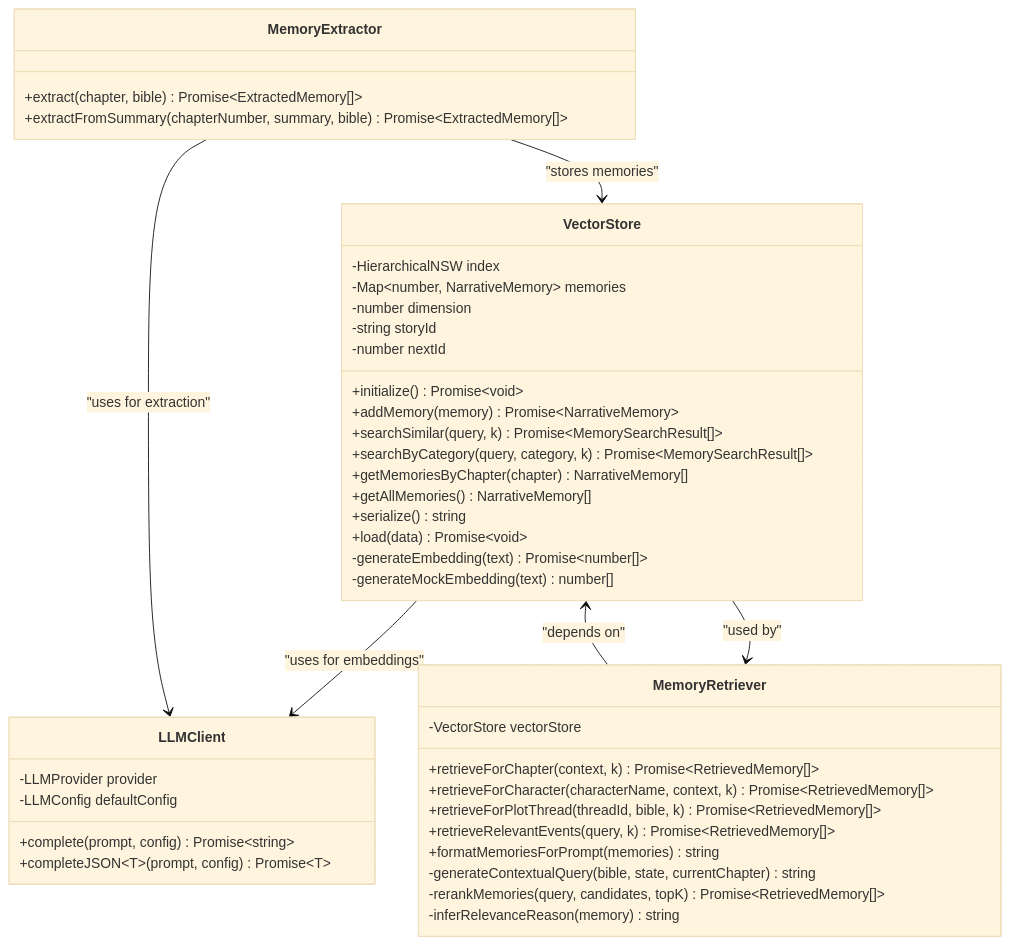
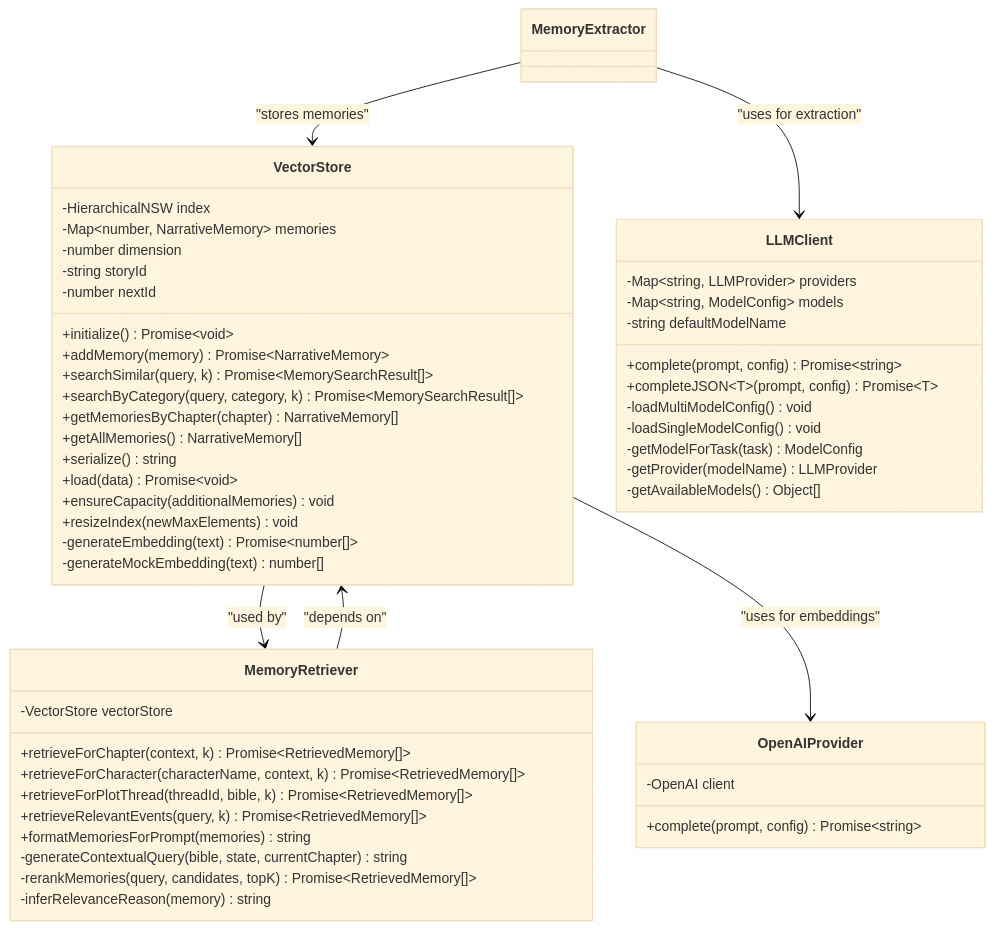
Before and after one commit to liwonder/NARRITIVE_OS: the second of 7 diagrams in .qoder/repowiki/en/content/Memory Management System/Vector Store Class.md, drawn with Mermaid (base theme). The commit also changed other lines of this file and 12 other files, not shown here.

Commit message:
bump version and ask to user to config a embeding model

````diff
--- a/.qoder/repowiki/en/content/Memory Management System/Vector Store Class.md
+++ b/.qoder/repowiki/en/content/Memory Management System/Vector Store Class.md
@@ -98,46 +111,54 @@
 ```mermaid
 classDiagram
 class VectorStore {
 -HierarchicalNSW index
 -Map~number, NarrativeMemory~ memories
 -number dimension
 -string storyId
 -number nextId
 +initialize() Promise~void~
 +addMemory(memory) Promise~NarrativeMemory~
 +searchSimilar(query, k) Promise~MemorySearchResult[]~
 +searchByCategory(query, category, k) Promise~MemorySearchResult[]~
 +getMemoriesByChapter(chapter) NarrativeMemory[]
 +getAllMemories() NarrativeMemory[]
 +serialize() string
 +load(data) Promise~void~
++ensureCapacity(additionalMemories) void
++resizeIndex(newMaxElements) void
 -generateEmbedding(text) Promise~number[]~
 -generateMockEmbedding(text) number[]
 }
 class MemoryRetriever {
 -VectorStore vectorStore
 +retrieveForChapter(context, k) Promise~RetrievedMemory[]~
 +retrieveForCharacter(characterName, context, k) Promise~RetrievedMemory[]~
 +retrieveForPlotThread(threadId, bible, k) Promise~RetrievedMemory[]~
 +retrieveRelevantEvents(query, k) Promise~RetrievedMemory[]~
 +formatMemoriesForPrompt(memories) string
 -generateContextualQuery(bible, state, currentChapter) string
 -rerankMemories(query, candidates, topK) Promise~RetrievedMemory[]~
 -inferRelevanceReason(memory) string
 }
 class LLMClient {
--LLMProvider provider
--LLMConfig defaultConfig
+-Map~string, LLMProvider~ providers
+-Map~string, ModelConfig~ models
+-string defaultModelName
 +complete(prompt, config) Promise~string~
 +completeJSON~T~(prompt, config) Promise~T~
+-loadMultiModelConfig() void
+-loadSingleModelConfig() void
+-getModelForTask(task) ModelConfig
+-getProvider(modelName) LLMProvider
+-getAvailableModels() Object[]
 }
-class MemoryExtractor {
-+extract(chapter, bible) Promise~ExtractedMemory[]~
-+extractFromSummary(chapterNumber, summary, bible) Promise~ExtractedMemory[]~
+class OpenAIProvider {
+-OpenAI client
++complete(prompt, config) Promise~string~
 }
 VectorStore --> MemoryRetriever : "used by"
 MemoryRetriever --> VectorStore : "depends on"
-VectorStore --> LLMClient : "uses for embeddings"
+VectorStore --> OpenAIProvider : "uses for embeddings"
 MemoryExtractor --> LLMClient : "uses for extraction"
 MemoryExtractor --> VectorStore : "stores memories"
 ```
````
